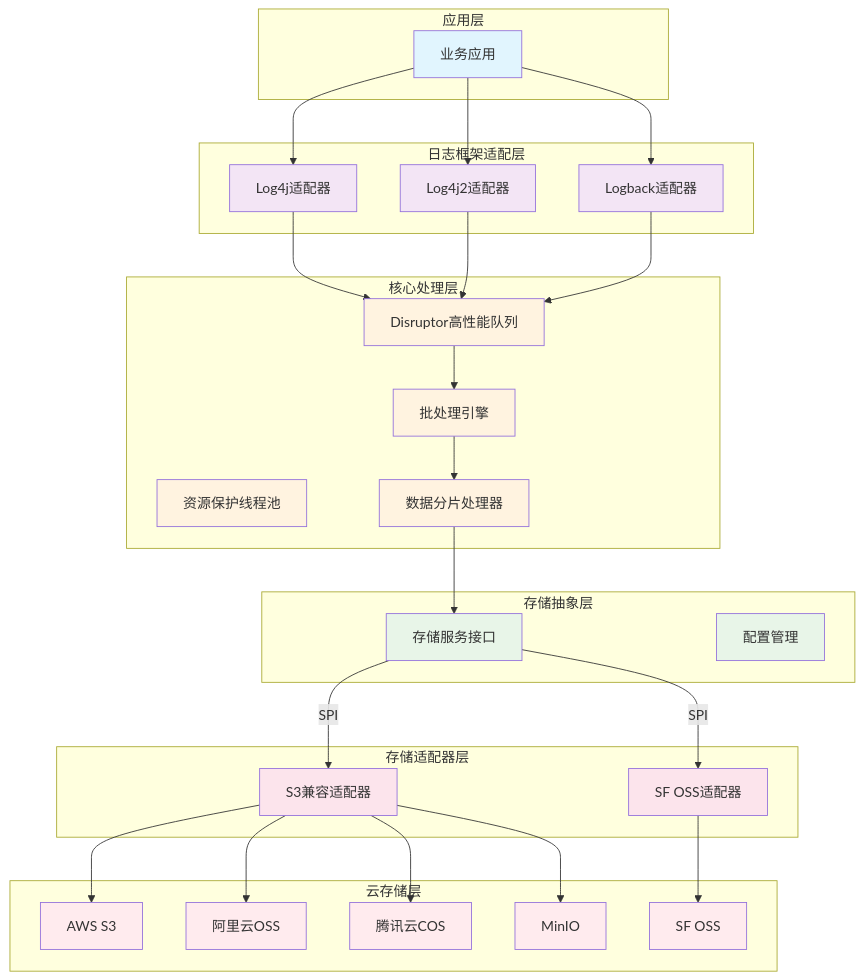
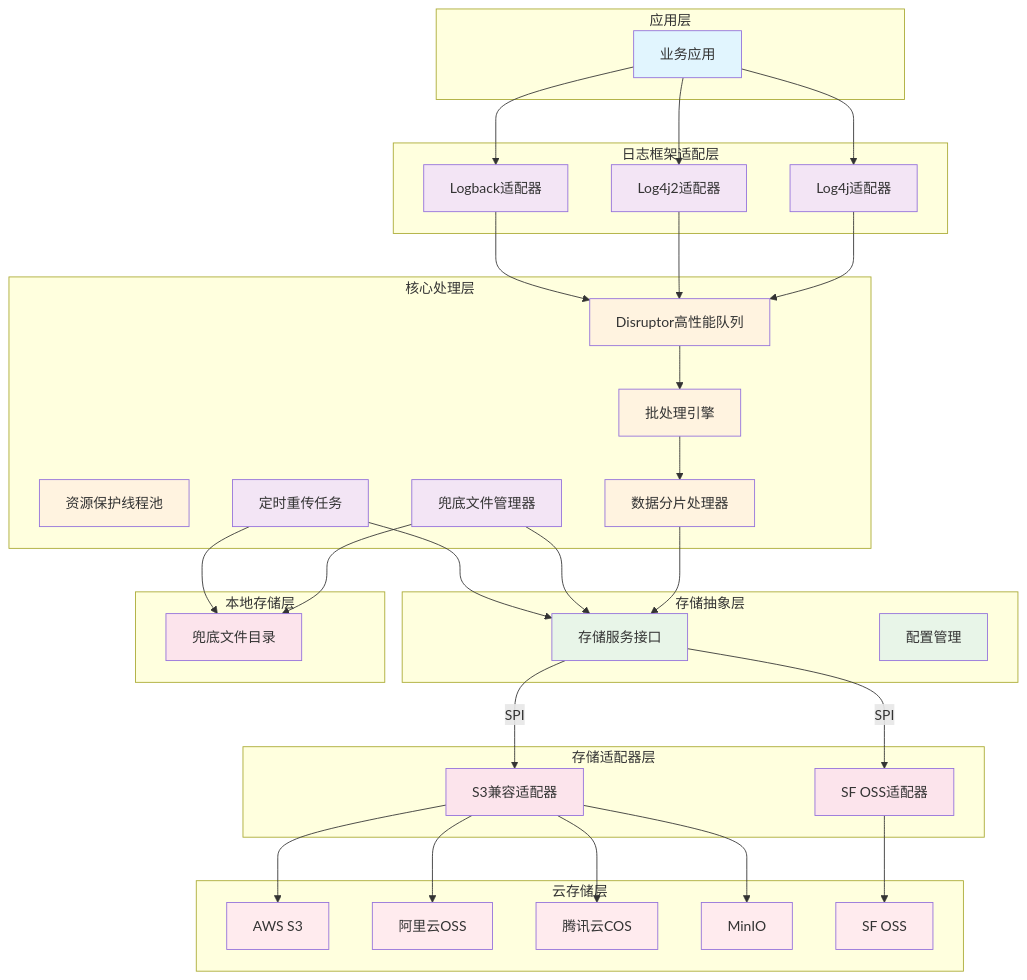
One commit to kzy77/logx-oss-appender changed the second of 5 diagrams in docs/technical-presentation.md. Above: the diagram before and after it, drawn with Mermaid. The commit also changed other lines of this file and 34 other files, not shown here.

````diff
--- a/docs/technical-presentation.md
+++ b/docs/technical-presentation.md
@@ -61,11 +61,17 @@
         C2[批处理引擎]
         C3[资源保护线程池]
         C4[数据分片处理器]
+        C5[兜底文件管理器]
+        C6[定时重传任务]
     end
 
     subgraph "存储抽象层"
         D1[存储服务接口]
         D2[配置管理]
+    end
+
+    subgraph "本地存储层"
+        G1[兜底文件目录]
     end
 
     subgraph "存储适配器层"
@@ -92,6 +98,10 @@
     C1 --> C2
     C2 --> C4
     C4 --> D1
+    C5 --> G1
+    C5 --> D1
+    C6 --> G1
+    C6 --> D1
 
     D1 -- SPI --> E1
     D1 -- SPI --> E2
@@ -110,6 +120,8 @@
     style C2 fill:#fff3e0
     style C3 fill:#fff3e0
     style C4 fill:#fff3e0
+    style C5 fill:#f3e5f5
+    style C6 fill:#f3e5f5
     style D1 fill:#e8f5e8
     style D2 fill:#e8f5e8
     style E1 fill:#fce4ec
@@ -119,4 +131,5 @@
     style F3 fill:#ffebee
     style F4 fill:#ffebee
     style F5 fill:#ffebee
+    style G1 fill:#fce4ec
 ```
````
